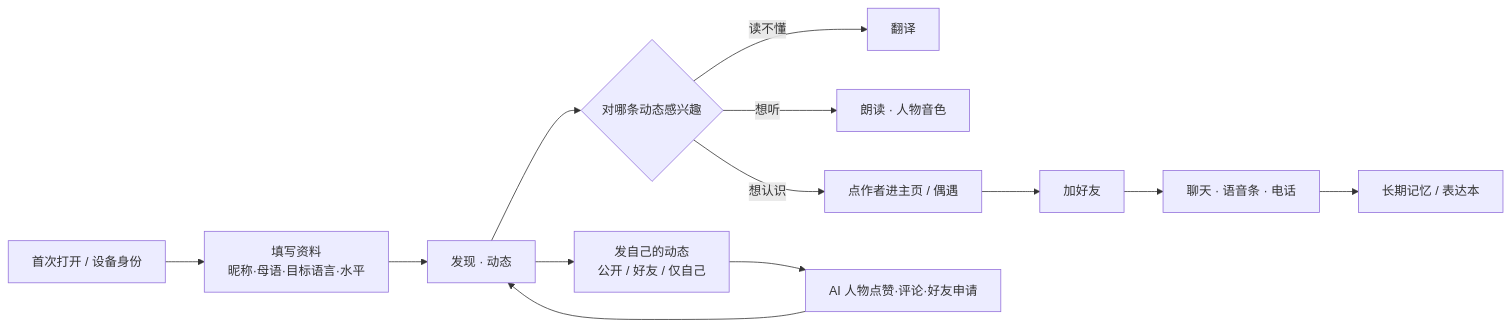
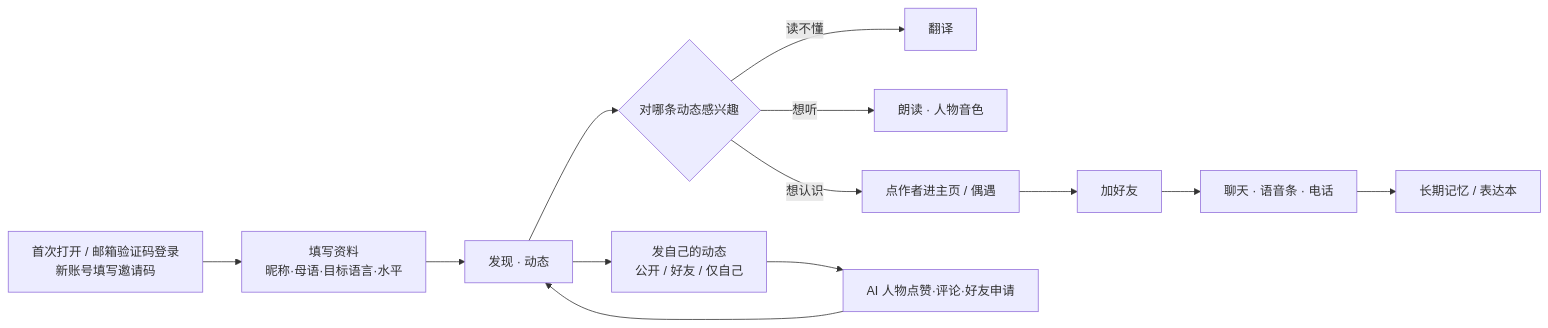
One commit to LQ-1123/speakeasy changed the first of 7 diagrams in README.md. Above: the diagram before and after it, drawn with Mermaid. The commit also changed other lines of this file and 246 other files, not shown here.

````diff
--- a/README.md
+++ b/README.md
@@ -177,15 +184,15 @@
 ```mermaid
 flowchart LR
-  A[首次打开 / 设备身份] --> B[填写资料<br/>昵称·母语·目标语言·水平]
+  A[首次打开 / 邮箱验证码登录<br/>新账号填写邀请码] --> B[填写资料<br/>昵称·母语·目标语言·水平]
   B --> C[发现 · 动态]
   C --> D{对哪条动态感兴趣}
   D -->|读不懂| E[翻译]
   D -->|想听| F[朗读 · 人物音色]
   D -->|想认识| G[点作者进主页 / 偶遇]
   G --> H[加好友]
   H --> I[聊天 · 语音条 · 电话]
   I --> J[长期记忆 / 表达本]
   C --> K[发自己的动态<br/>公开 / 好友 / 仅自己]
   K --> L[AI 人物点赞·评论·好友申请]
   L --> C
 ```
````
